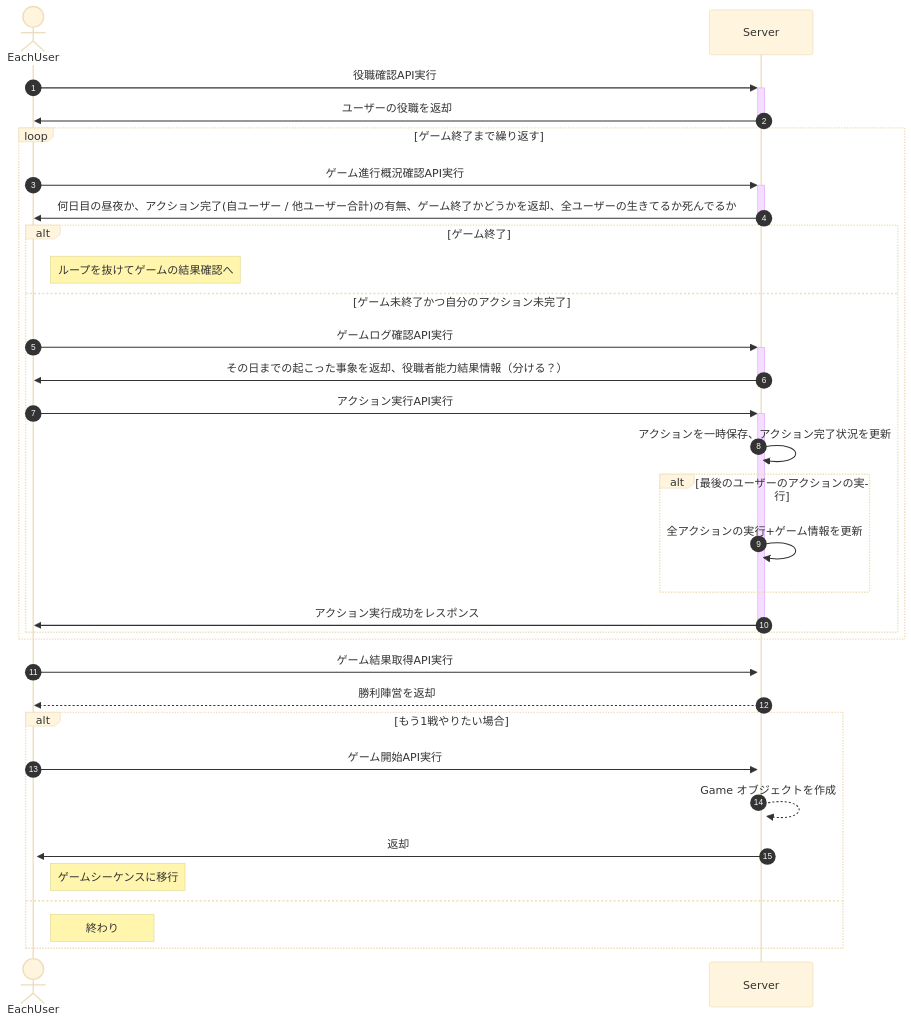
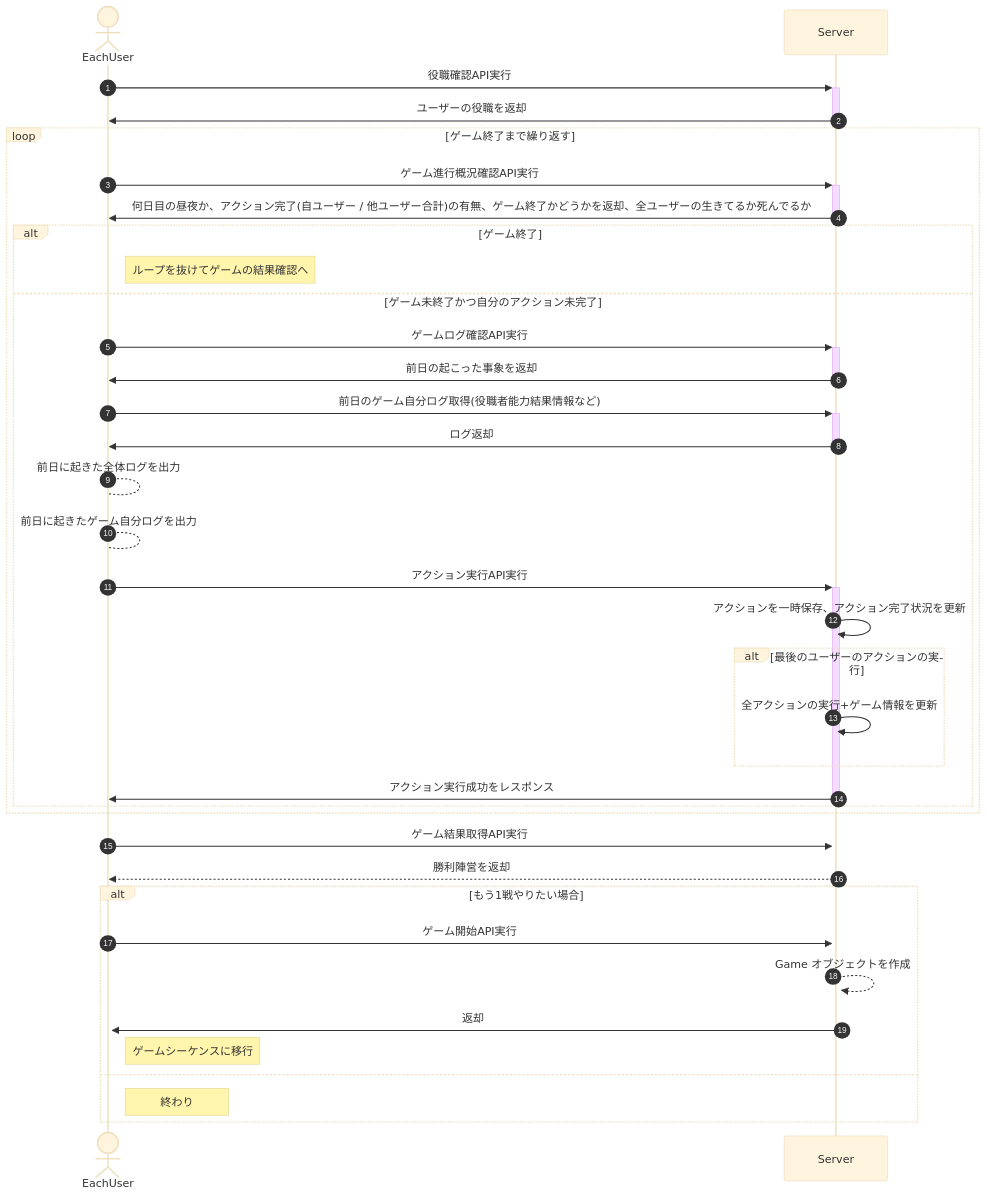
Before and after one commit to pokotsun/werewolf-game: the diagram in sequences/002-play-game.md, drawn with Mermaid (base theme).

Commit message:
ゲームシーケンスに自分用ログ情報追加

````diff
--- a/sequences/002-play-game.md
+++ b/sequences/002-play-game.md
@@ -3,40 +3,47 @@
 ```mermaid
 %%{init: {'sequence': {'showSequenceNumbers': true}}}%%
 
 sequenceDiagram
 actor user as EachUser
 participant server as Server
 
 user ->>+ server :役職確認API実行
 server ->>- user: ユーザーの役職を返却
 
 loop ゲーム終了まで繰り返す
     user ->>+ server :ゲーム進行概況確認API実行
     server ->>- user: 何日目の昼夜か、アクション完了(自ユーザー / 他ユーザー合計)の有無、ゲーム終了かどうかを返却、全ユーザーの生きてるか死んでるか
+
     alt ゲーム終了
         Note right of user: ループを抜けてゲームの結果確認へ
     else ゲーム未終了かつ自分のアクション未完了
         user ->>+ server :ゲームログ確認API実行
-        server ->>- user: その日までの起こった事象を返却、役職者能力結果情報（分ける？）
+        server ->>- user: 前日の起こった事象を返却
+
+        user ->>+ server: 前日のゲーム自分ログ取得(役職者能力結果情報など)
+        server ->>- user: ログ返却
+
+        user --> user: 前日に起きた全体ログを出力
+        user --> user: 前日に起きたゲーム自分ログを出力
 
         user ->>+ server: アクション実行API実行
         server ->> server: アクションを一時保存、アクション完了状況を更新
         alt 最後のユーザーのアクションの実行
             server ->> server: 全アクションの実行+ゲーム情報を更新
         end
         server ->>- user: アクション実行成功をレスポンス
     end
 end
 
 user ->>+ server: ゲーム結果取得API実行
 server -->> user: 勝利陣営を返却
 
 alt もう1戦やりたい場合
     user ->>+ server: ゲーム開始API実行
     server -->> server: Game オブジェクトを作成
     server ->>+ user: 返却
     Note right of user: ゲームシーケンスに移行
 else
     Note right of user: 終わり
 end
 ```
````
